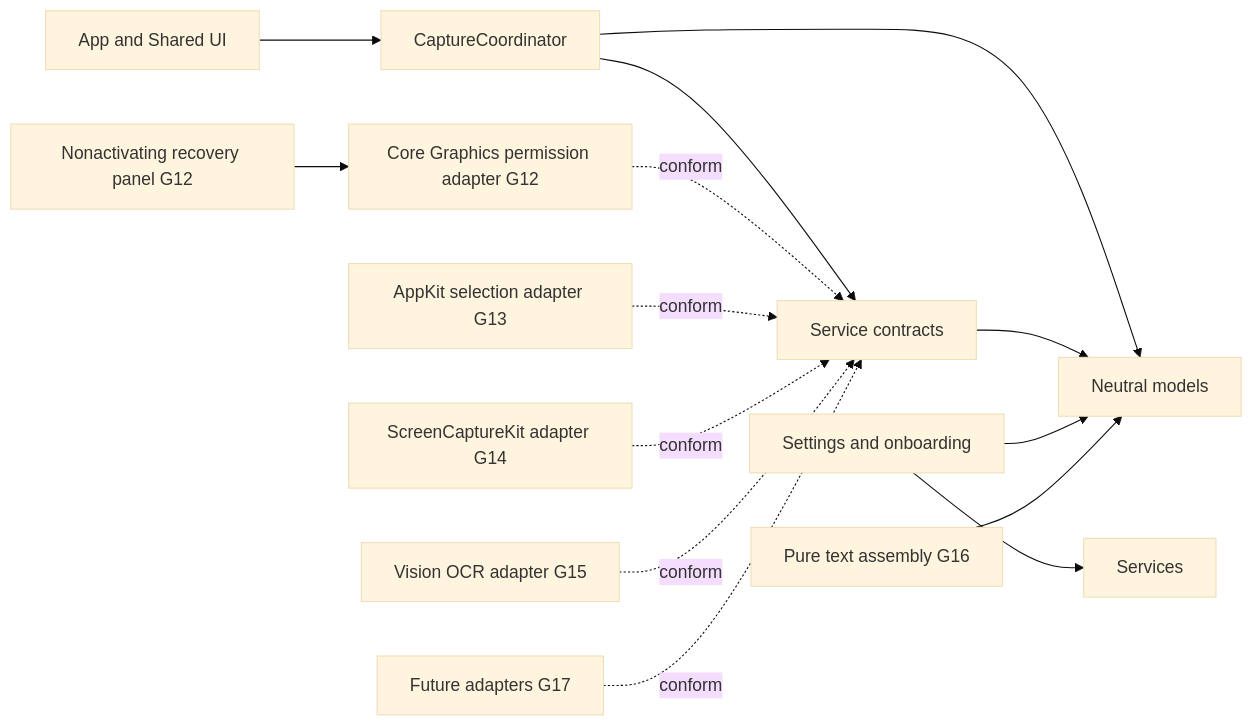
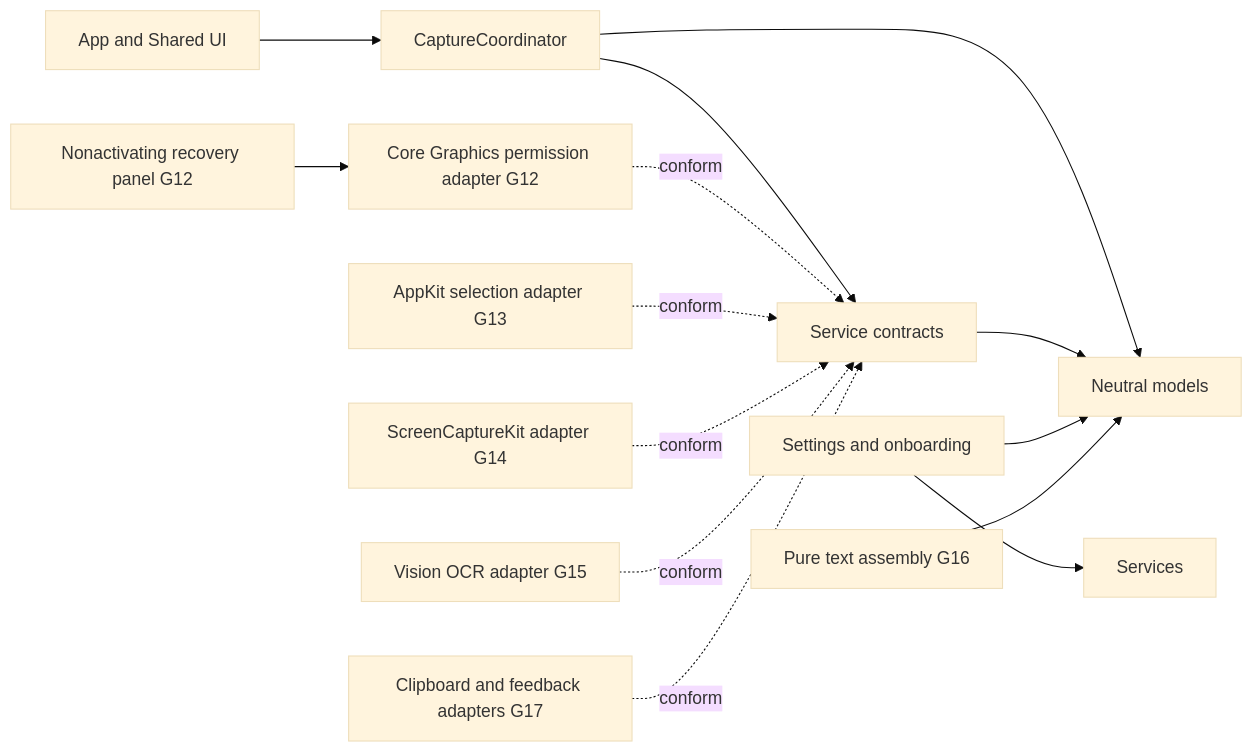
One commit to bennetthilberg/copylasso changed the first of 2 diagrams in docs/architecture/overview.md. Above: the diagram before and after it, drawn with Mermaid (base theme). The commit also changed other lines of this file and 21 other files, not shown here.

````diff
--- a/docs/architecture/overview.md
+++ b/docs/architecture/overview.md
@@ -7,16 +7,16 @@
 ```mermaid
 flowchart LR
   App["App and Shared UI"] --> Coordinator["CaptureCoordinator"]
   Coordinator --> Contracts["Service contracts"]
   Coordinator --> Models["Neutral models"]
   Contracts --> Models
   Settings["Settings and onboarding"] --> Services
   Settings --> Models
   Permission["Core Graphics permission adapter G12"] -. conform .-> Contracts
   Recovery["Nonactivating recovery panel G12"] --> Permission
   Selection["AppKit selection adapter G13"] -. conform .-> Contracts
   Capture["ScreenCaptureKit adapter G14"] -. conform .-> Contracts
   OCR["Vision OCR adapter G15"] -. conform .-> Contracts
   Format["Pure text assembly G16"] --> Models
-  Adapters["Future adapters G17"] -. conform .-> Contracts
+  Output["Clipboard and feedback adapters G17"] -. conform .-> Contracts
 ```
````
